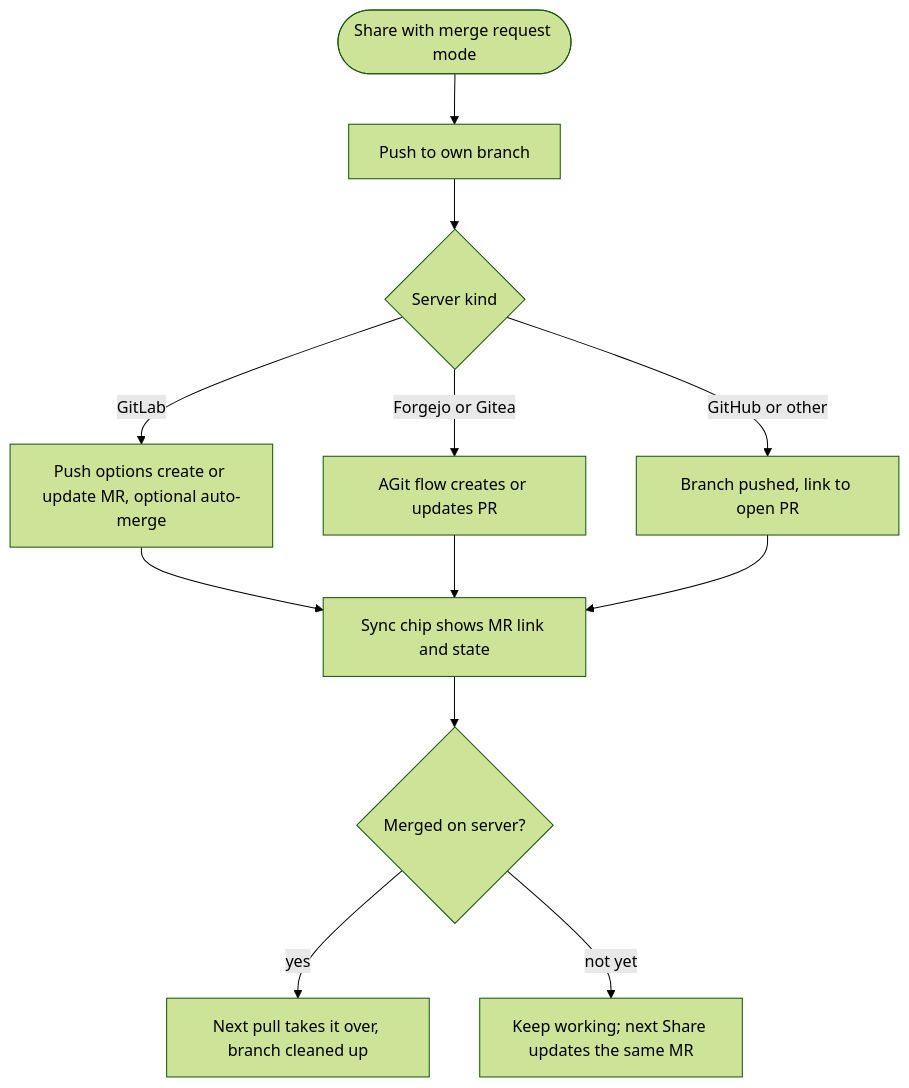
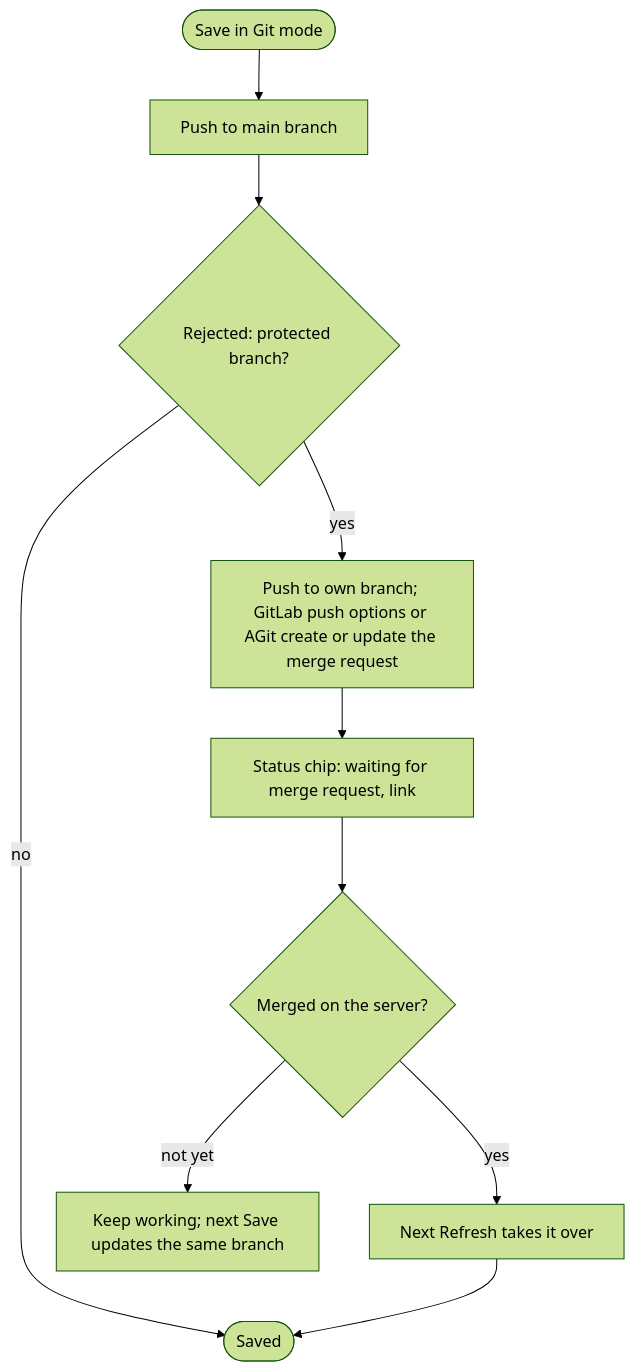
One commit to swallat/foresprint changed diagram 12 of 15 in docs/redesign/flows.md. Above: the diagram before and after it, drawn with Mermaid (forest theme). The commit also changed other lines of this file and 1 other file, not shown here.

First line of the commit message:
Make data flows storage-neutral (shared folder or Git) and define the storage interface

````diff
--- a/docs/redesign/flows.md
+++ b/docs/redesign/flows.md
@@ -323,14 +324,11 @@
 ```mermaid
 flowchart TD
-  S([Share with merge request mode]) --> BR[Push to own branch]
-  BR --> H{Server kind}
-  H -- GitLab --> GL[Push options create or update MR, optional auto-merge]
-  H -- Forgejo or Gitea --> AG[AGit flow creates or updates PR]
-  H -- GitHub or other --> LK[Branch pushed, link to open PR]
-  GL --> ST[Sync chip shows MR link and state]
-  AG --> ST
-  LK --> ST
-  ST --> MG{Merged on server?}
-  MG -- yes --> PL[Next pull takes it over, branch cleaned up]
-  MG -- not yet --> W[Keep working; next Share updates the same MR]
+  S([Save in Git mode]) --> P[Push to main branch]
+  P --> R{Rejected: protected branch?}
+  R -- no --> D([Saved])
+  R -- yes --> BR[Push to own branch; GitLab push options or AGit create or update the merge request]
+  BR --> LK[Status chip: waiting for merge request, link]
+  LK --> MG{Merged on the server?}
+  MG -- not yet --> W[Keep working; next Save updates the same branch]
+  MG -- yes --> RF[Next Refresh takes it over] --> D
 ```
````
